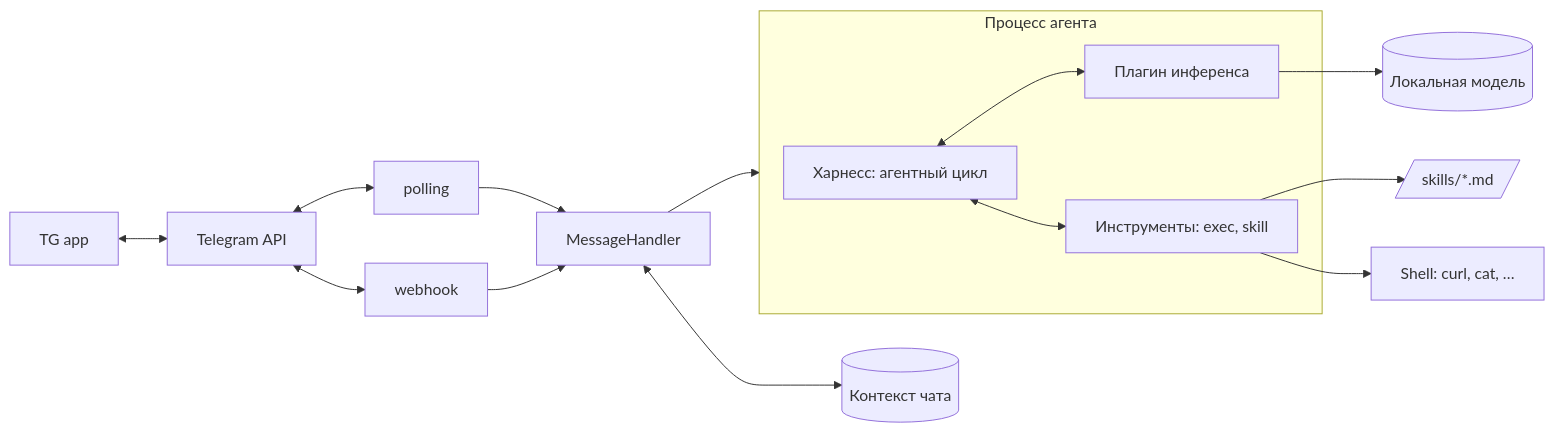
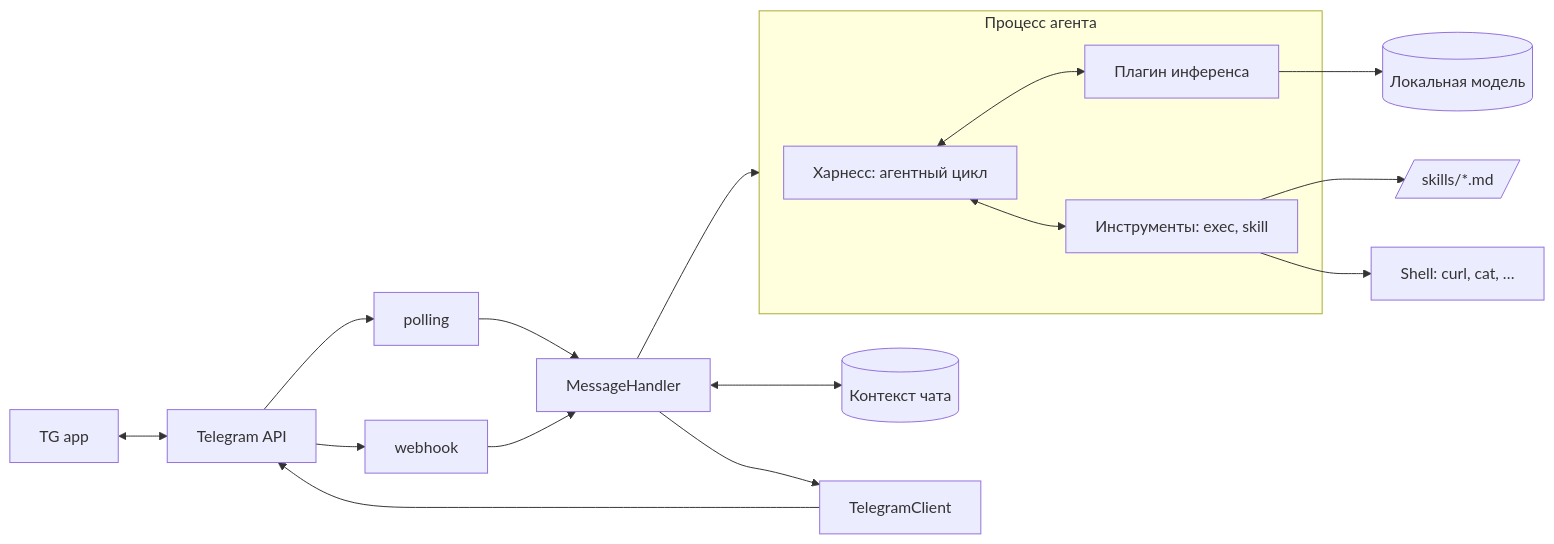
The diagram in README.md (Kirill-Od/larchanka), drawn with Mermaid before and after one commit. The commit also changed 1 other file, not shown here.

Commit message:
feat: update architecture diagrams for clarity on transport and agent processes

````diff
--- a/README.md
+++ b/README.md
@@ -20,18 +20,20 @@
 ```mermaid
 graph LR
     TG[TG app] <--> API[Telegram API]
-    API <--> P[polling]
-    API <--> W[webhook]
+    API --> P[polling]
+    API --> W[webhook]
     P --> H[MessageHandler]
     W --> H
     H <--> C[(Контекст чата)]
+    H --> TC[TelegramClient]
+    TC --> API
     H --> A[Процесс агента]
     subgraph A[Процесс агента]
         HR[Харнесс: агентный цикл]
         HR <--> PL[Плагин инференса]
         HR <--> T[Инструменты: exec, skill]
     end
     PL --> M[(Локальная модель)]
     T --> S[/skills/*.md/]
     T --> OS[Shell: curl, cat, …]
 ```
````
